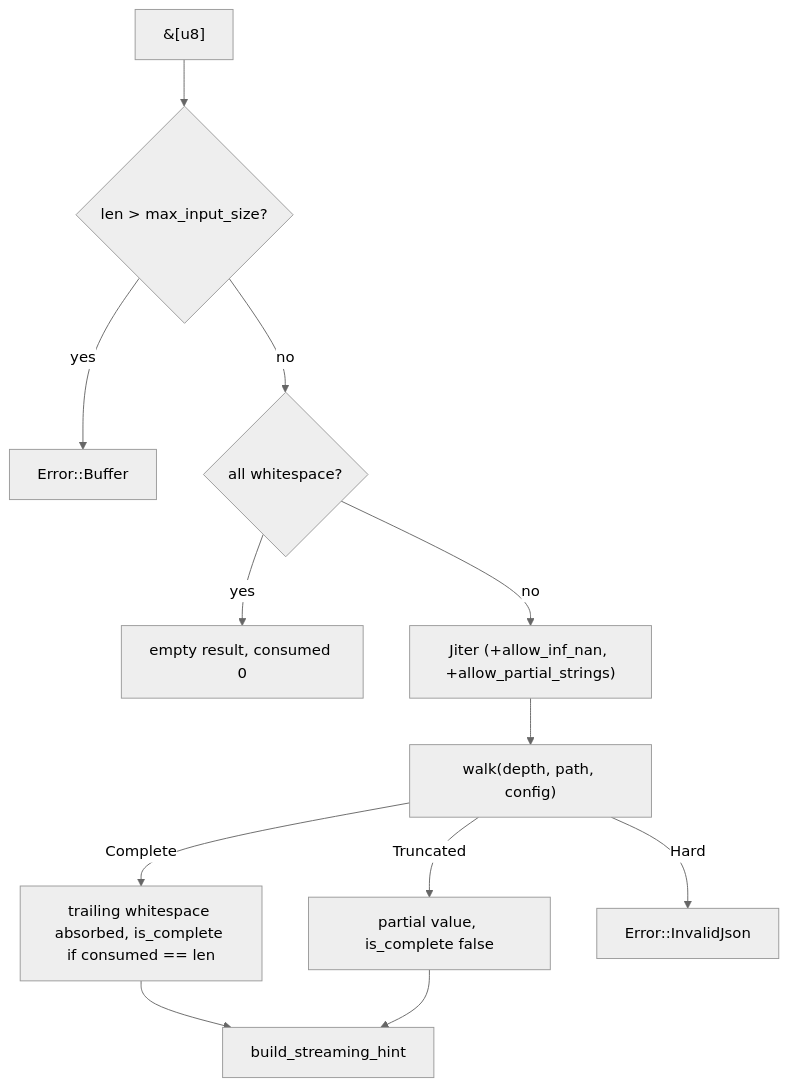
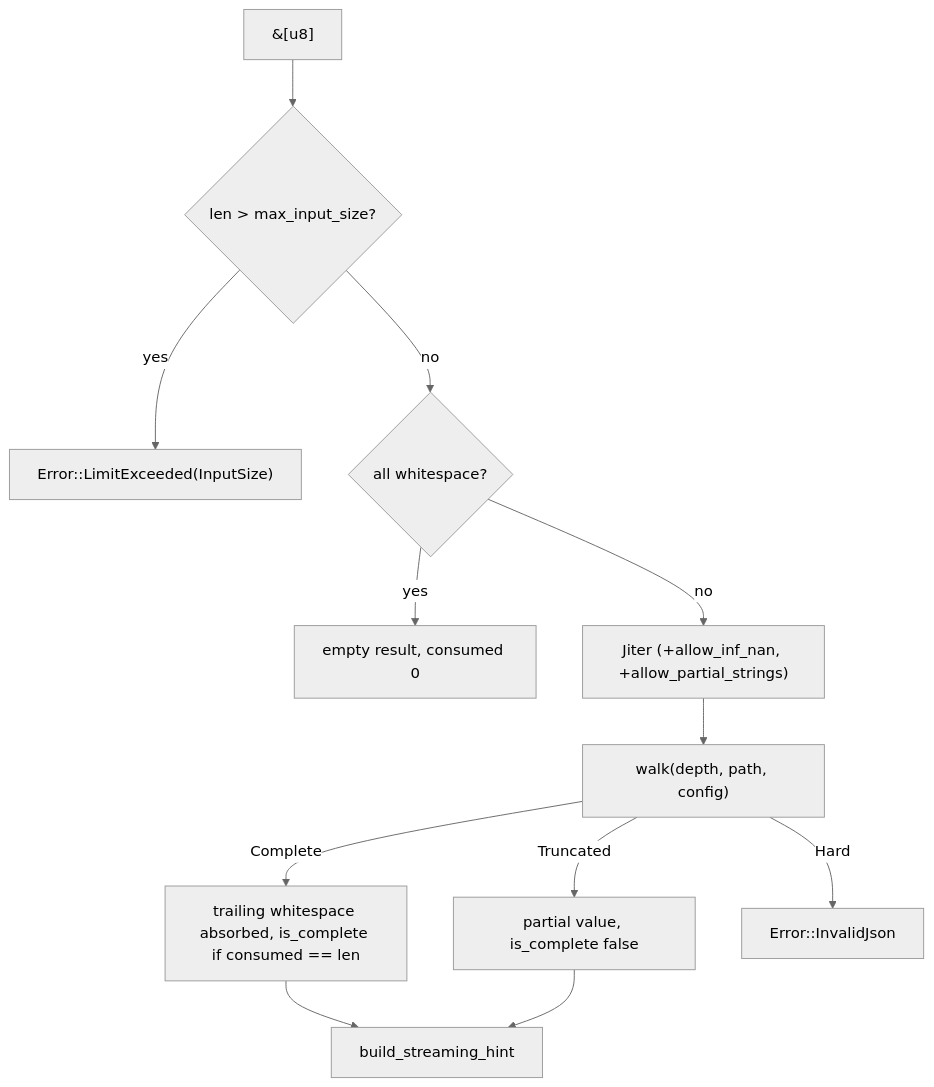
One commit to bug-ops/pjs changed the diagram in specs/parser/039-partial-json-jiter-parser/plan.md. Above: the diagram before and after it, drawn with Mermaid (neutral theme). The commit also changed other lines of this file and 87 other files, not shown here.

````diff
--- a/specs/parser/039-partial-json-jiter-parser/plan.md
+++ b/specs/parser/039-partial-json-jiter-parser/plan.md
@@ -28,14 +28,14 @@
 ```mermaid
 flowchart TD
   In["&[u8]"] --> G{"len > max_input_size?"}
-  G -->|yes| EB["Error::Buffer"]
+  G -->|yes| EB["Error::LimitExceeded(InputSize)"]
   G -->|no| W{"all whitespace?"}
   W -->|yes| E0["empty result, consumed 0"]
   W -->|no| J["Jiter (+allow_inf_nan, +allow_partial_strings)"]
   J --> WK["walk(depth, path, config)"]
   WK -->|Complete| R1["trailing whitespace absorbed, is_complete if consumed == len"]
   WK -->|Truncated| R2["partial value, is_complete false"]
   WK -->|Hard| ER["Error::InvalidJson"]
   R1 --> H["build_streaming_hint"]
   R2 --> H
 ```
````
